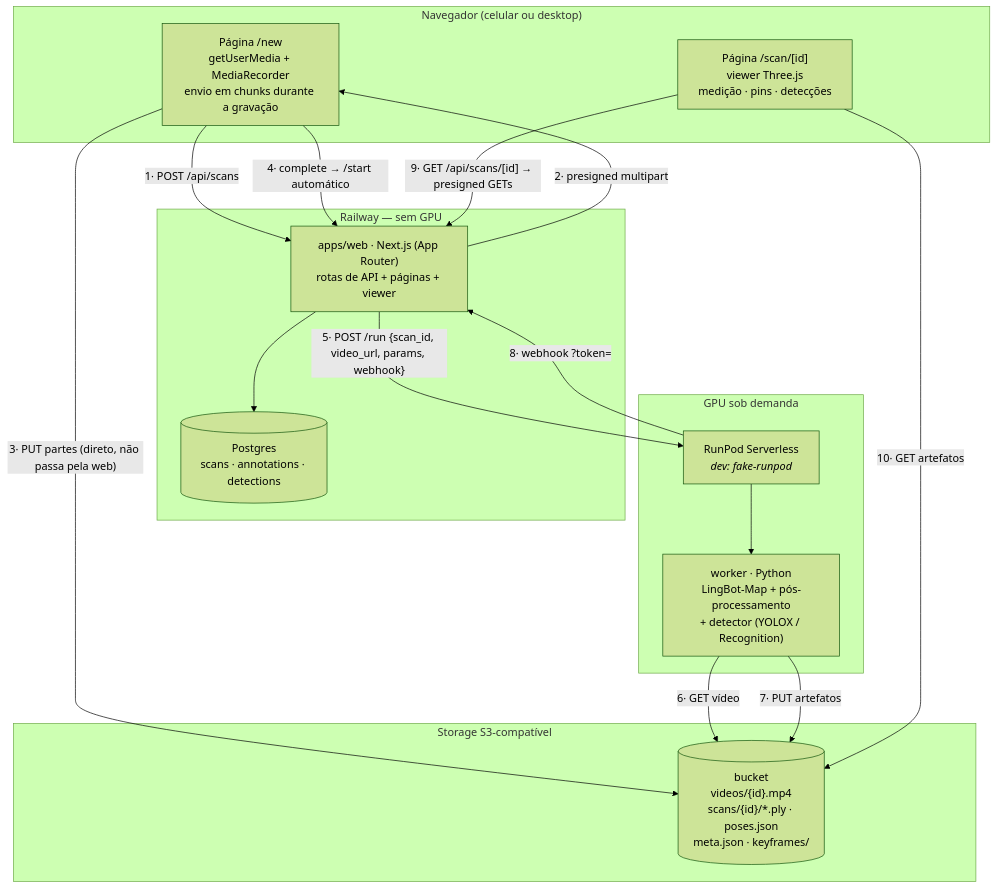
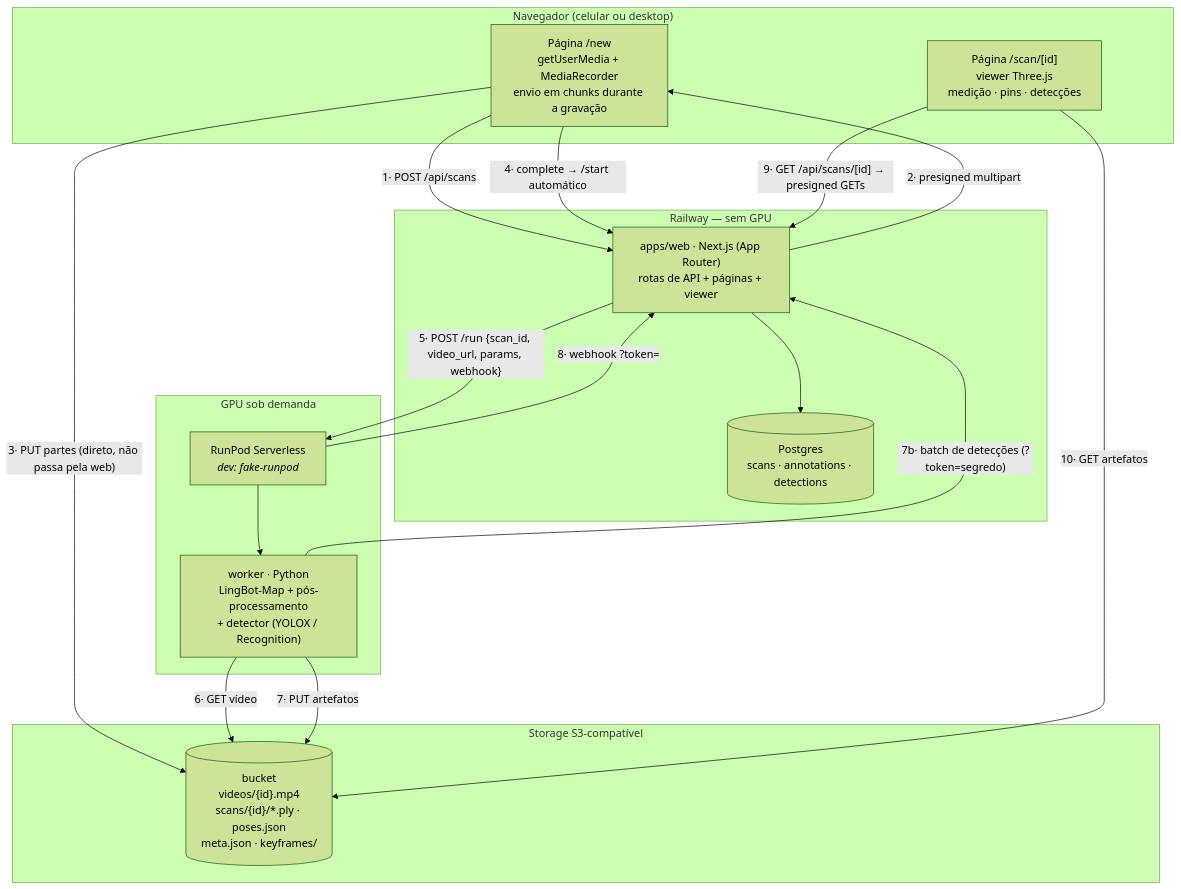
One commit to logikos33/Logikos-Twins- changed the second of 6 diagrams in docs/architecture.md. Above: the diagram before and after it, drawn with Mermaid (forest theme). The commit also changed other lines of this file, not shown here.

Commit message:
docs(arquitetura): fluxo 7b — batch de detecções worker→API e escala ArUco no retorno

````diff
--- a/docs/architecture.md
+++ b/docs/architecture.md
@@ -33,34 +33,35 @@
 ```mermaid
 graph TB
     subgraph browser["Navegador (celular ou desktop)"]
         CAP["Página /new<br/>getUserMedia + MediaRecorder<br/>envio em chunks durante a gravação"]
         VIEW["Página /scan/[id]<br/>viewer Three.js<br/>medição · pins · detecções"]
     end
 
     subgraph railway["Railway — sem GPU"]
         WEB["apps/web · Next.js (App Router)<br/>rotas de API + páginas + viewer"]
         DB[("Postgres<br/>scans · annotations · detections")]
     end
 
     subgraph storage["Storage S3-compatível"]
         S3[("bucket<br/>videos/{id}.mp4<br/>scans/{id}/*.ply · poses.json<br/>meta.json · keyframes/")]
     end
 
     subgraph gpu["GPU sob demanda"]
         RP["RunPod Serverless<br/><i>dev: fake-runpod</i>"]
         WK["worker · Python<br/>LingBot-Map + pós-processamento<br/>+ detector (YOLOX / Recognition)"]
     end
 
     CAP -->|"1· POST /api/scans"| WEB
     WEB -->|"2· presigned multipart"| CAP
     CAP -->|"3· PUT partes (direto, não passa pela web)"| S3
     CAP -->|"4· complete → /start automático"| WEB
     WEB -->|"5· POST /run {scan_id, video_url, params, webhook}"| RP
     RP --> WK
     WK -->|"6· GET vídeo"| S3
     WK -->|"7· PUT artefatos"| S3
+    WK -->|"7b· batch de detecções (?token=segredo)"| WEB
     RP -->|"8· webhook ?token="| WEB
     WEB --> DB
     VIEW -->|"9· GET /api/scans/[id] → presigned GETs"| WEB
     VIEW -->|"10· GET artefatos"| S3
 ```
````
